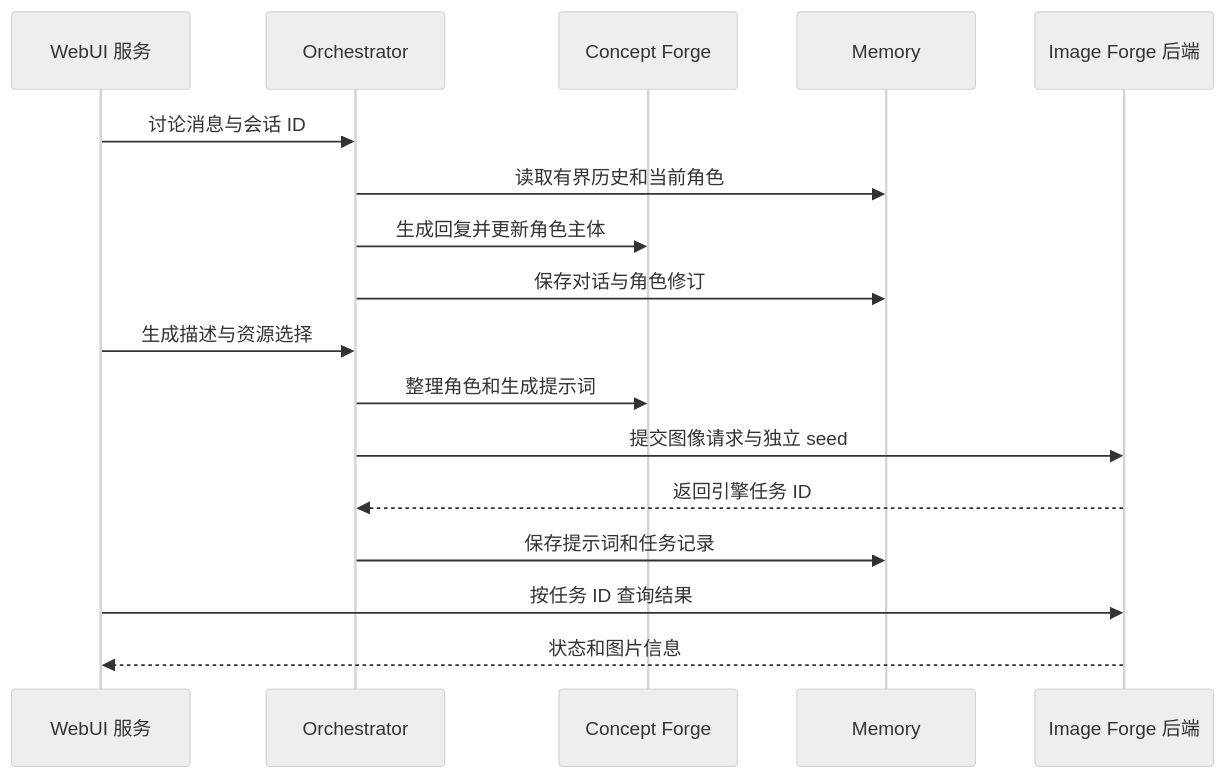
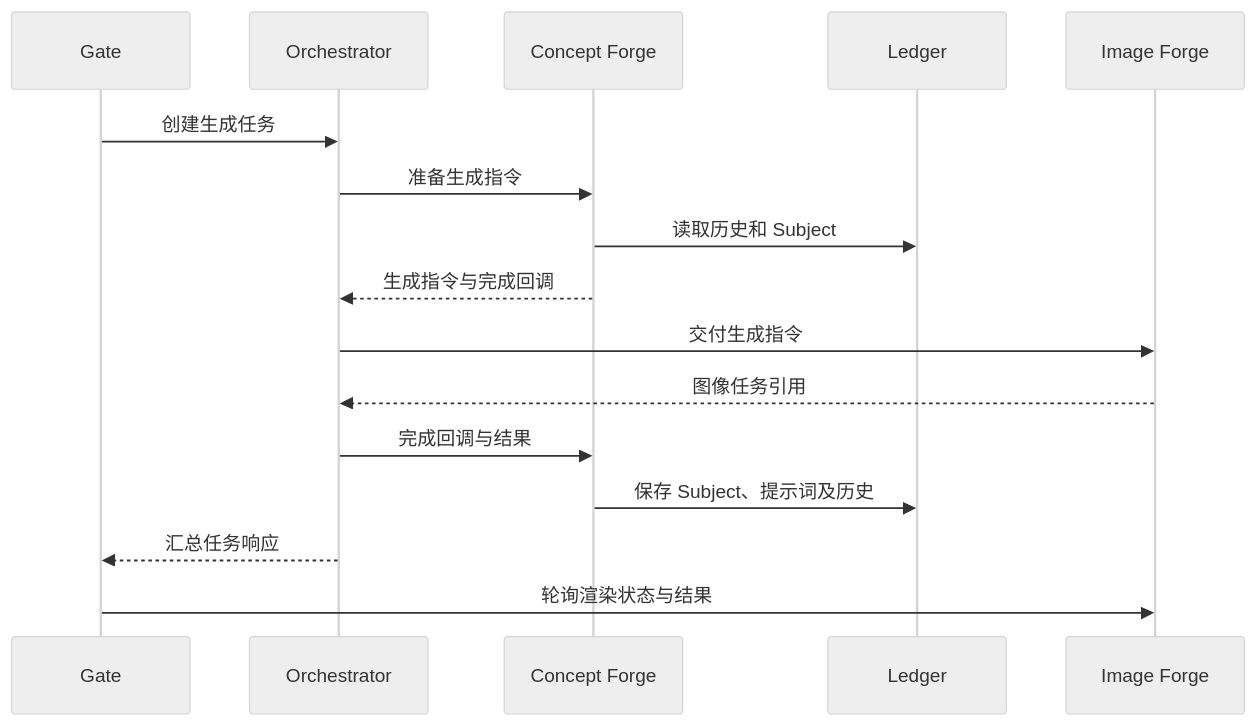
Before and after one commit to jhinforge/EverSpark-Forge: the diagram in Docs/Architecture.zh-CN.md, drawn with Mermaid (neutral theme). The commit also changed other lines of this file and 51 other files, not shown here.

````diff
--- a/Docs/Architecture.zh-CN.md
+++ b/Docs/Architecture.zh-CN.md
@@ -21,19 +23,18 @@
 ```mermaid
 sequenceDiagram
-    participant W as WebUI 服务
+    participant G as Gate
     participant O as Orchestrator
     participant C as Concept Forge
-    participant M as Memory
-    participant I as Image Forge 后端
-    W->>O: 讨论消息与会话 ID
-    O->>M: 读取有界历史和当前角色
-    O->>C: 生成回复并更新角色主体
-    O->>M: 保存对话与角色修订
-    W->>O: 生成描述与资源选择
-    O->>C: 整理角色和生成提示词
-    O->>I: 提交图像请求与独立 seed
-    I-->>O: 返回引擎任务 ID
-    O->>M: 保存提示词和任务记录
-    W->>I: 按任务 ID 查询结果
-    I-->>W: 状态和图片信息
+    participant L as Ledger
+    participant I as Image Forge
+    G->>O: 创建生成任务
+    O->>C: 准备生成指令
+    C->>L: 读取历史和 Subject
+    C-->>O: 生成指令与完成回调
+    O->>I: 交付生成指令
+    I-->>O: 图像任务引用
+    O->>C: 完成回调与结果
+    C->>L: 保存 Subject、提示词及历史
+    O-->>G: 汇总任务响应
+    G->>I: 轮询渲染状态与结果
 ```
````
